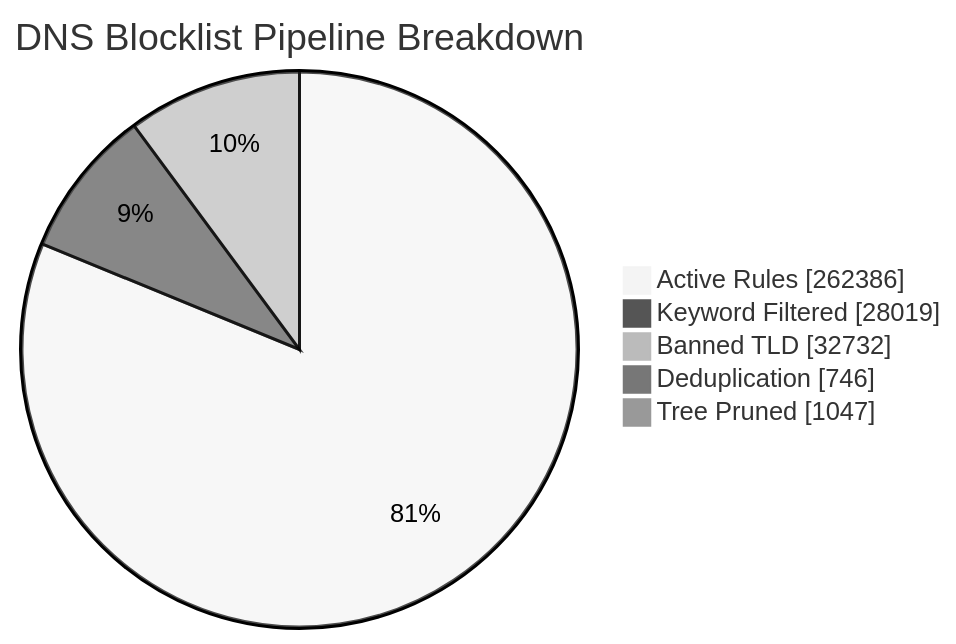
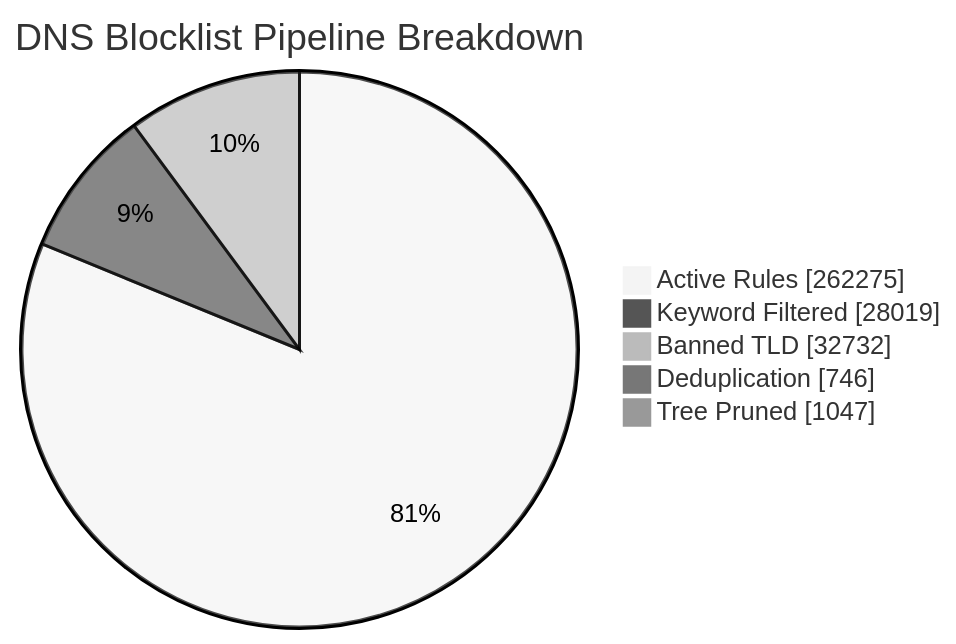
One commit to brojangles24/Cloudflare-ZeroTrust-AdBlock changed the first of 6 diagrams in README_STATS.md. Above: the diagram before and after it, drawn with Mermaid (neutral theme). The commit also changed other lines of this file and 1 other file, not shown here.

````diff
--- a/README_STATS.md
+++ b/README_STATS.md
@@ -41,8 +41,8 @@
 ```mermaid
 pie showData title DNS Blocklist Pipeline Breakdown
-    "Active Rules"     : 262386
+    "Active Rules"     : 262275
     "Keyword Filtered" : 28019
     "Banned TLD"       : 32732
     "Deduplication"    : 746
     "Tree Pruned"      : 1047
 ```
````
